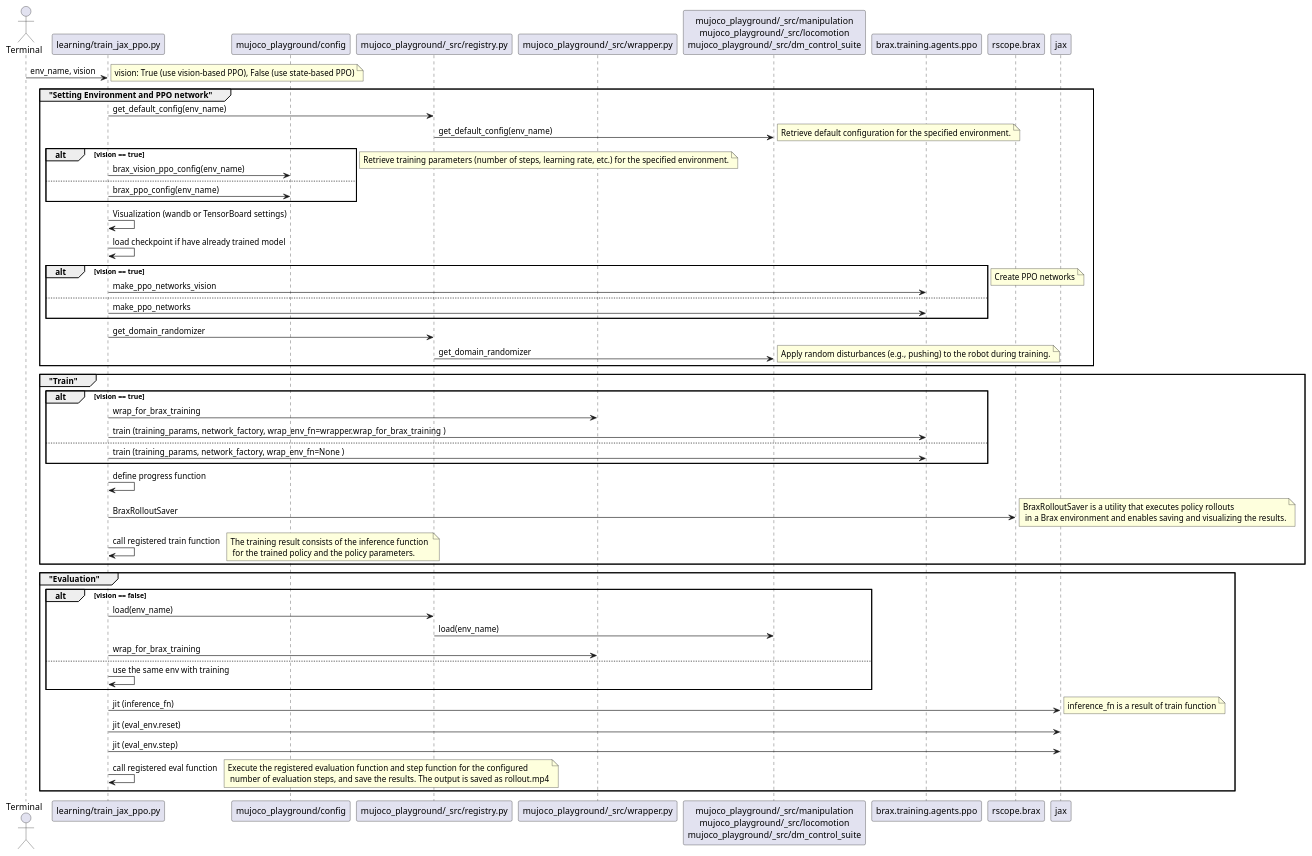
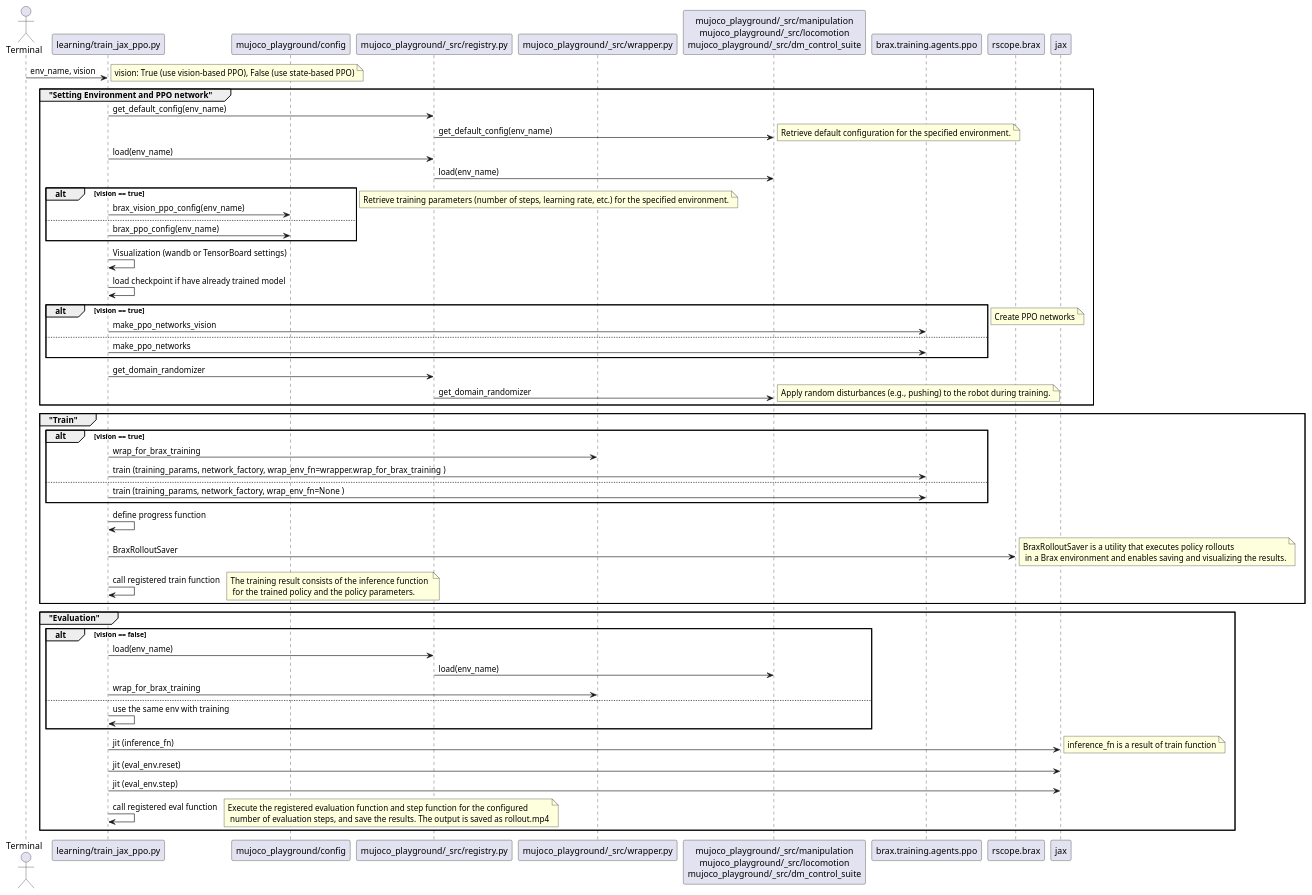
The diagram in docs/train_jax_ppo_sequence.puml (makotovnjp/mujoco_playground), drawn with PlantUML before and after one commit. The commit also changed 2 other files, not shown here.

```diff
--- a/docs/train_jax_ppo_sequence.puml
+++ b/docs/train_jax_ppo_sequence.puml
@@ -1,102 +1,106 @@
 @startuml
 
 actor Terminal
 participant "learning/train_jax_ppo.py" as application
 participant "mujoco_playground/config" as config
 participant "mujoco_playground/_src/registry.py" as registry
 participant "mujoco_playground/_src/wrapper.py" as wrapper
 participant "mujoco_playground/_src/manipulation\nmujoco_playground/_src/locomotion\nmujoco_playground/_src/dm_control_suite" as env
 participant "brax.training.agents.ppo" as ppo
 participant "rscope.brax" as rscope_utils
 participant "jax" as jax
 
 
 Terminal -> application : env_name, vision
 note right: vision: True (use vision-based PPO), False (use state-based PPO)
 
 box "Setting Environment and PPO network"
 group "Setting Environment and PPO network"
     ' 指定する環境名に対してデフォルトの設定を取得
     application -> registry : get_default_config(env_name)
     registry -> env : get_default_config(env_name)
     note right: Retrieve default configuration for the specified environment.
+    
+    ' 指定する環境名に対して環境をロードする。
+    application -> registry : load(env_name)
+    registry -> env : load(env_name)
 
     ' 設定取得
     alt vision == true
         application -> config : brax_vision_ppo_config(env_name)
     else
         application -> config : brax_ppo_config(env_name)
     end
 
     note right: Retrieve training parameters (number of steps, learning rate, etc.) for the specified environment.
 
     ' Visualizationの設定
     application -> application: Visualization (wandb or TensorBoard settings)
 
     ' 既存モデルがある場合はロードする。
     application -> application : load checkpoint if have already trained model
 
     alt vision == true
         application -> ppo : make_ppo_networks_vision
     else
         application -> ppo : make_ppo_networks
     end
     note right: Create PPO networks
 
     ' Domain randomizationの取得
     application -> registry : get_domain_randomizer
     registry -> env : get_domain_randomizer
     note right: Apply random disturbances (e.g., pushing) to the robot during training.
 
 end group
 
 box "Train"
 group "Train"
     ' 学習実行関数を登録
     alt vision == true
         application -> wrapper : wrap_for_brax_training
         application -> ppo: train (training_params, network_factory, wrap_env_fn=wrapper.wrap_for_brax_training )
     else
         application -> ppo: train (training_params, network_factory, wrap_env_fn=None )
     end
 
     ' 学習進捗を表示する関数の登録
     application -> application : define progress function
 
     ' 学習結果RollOutの設定
     application -> rscope_utils: BraxRolloutSaver
     note right: BraxRolloutSaver is a utility that executes policy rollouts \n in a Brax environment and enables saving and visualizing the results.
 
     ' 学習実行
     application -> application: call registered train function
     note right: The training result consists of the inference function \n for the trained policy and the policy parameters.
 
 end group
 
 box "Evaluation"
 group "Evaluation"
     ' 評価環境をロードする
     alt vision == false
         application -> registry : load(env_name)
         registry -> env : load(env_name)
         application -> wrapper : wrap_for_brax_training
     else
         application -> application: use the same env with training
     end
 
     ' 評価関数登録
     application -> jax : jit (inference_fn)
     note right: inference_fn is a result of train function
 
     ' 評価環境リセット
     application -> jax : jit (eval_env.reset)
 
     ' 評価環境のStep関数登録
     application -> jax : jit (eval_env.step)
 
     ' 評価実行
     application -> application: call registered eval function
     note right:Execute the registered evaluation function and step function for the configured \n number of evaluation steps, and save the results. The output is saved as rollout.mp4
 end group
 
 @enduml
```
